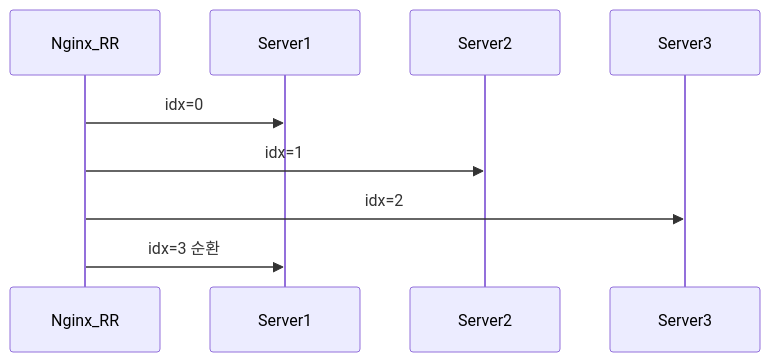
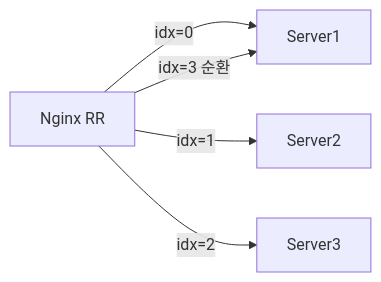
Before and after one commit to yjkim2015/yjkim2015.github.io: the seventh of 18 diagrams in _posts/server/2026-05-01-nginx.md, drawn with Mermaid. The commit also changed other lines of this file and 84 other files, not shown here.

First line of the commit message:
85개 포스트 Mermaid 다이어그램 규칙 일괄 수정

````diff
--- a/_posts/server/2026-05-01-nginx.md
+++ b/_posts/server/2026-05-01-nginx.md
@@ -251,7 +246,7 @@
 ```mermaid
-sequenceDiagram
-    Nginx_RR->>Server1: idx=0
-    Nginx_RR->>Server2: idx=1
-    Nginx_RR->>Server3: idx=2
-    Nginx_RR->>Server1: idx=3 순환
+graph LR
+    NX["Nginx RR"] -->|"idx=0"| S1["Server1"]
+    NX -->|"idx=1"| S2["Server2"]
+    NX -->|"idx=2"| S3["Server3"]
+    NX -->|"idx=3 순환"| S1
 ```
````
